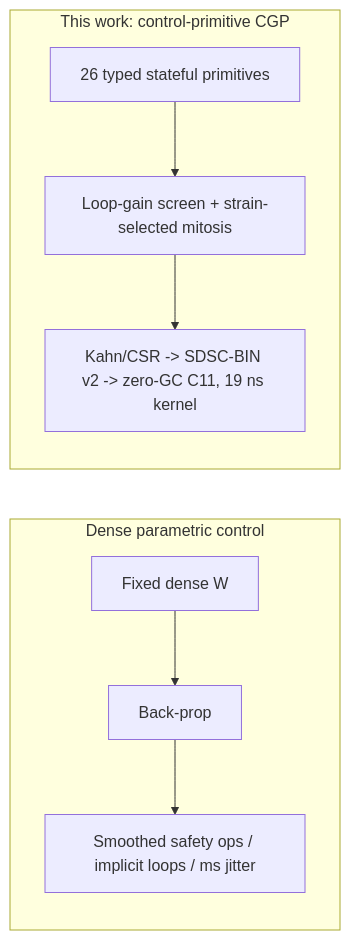
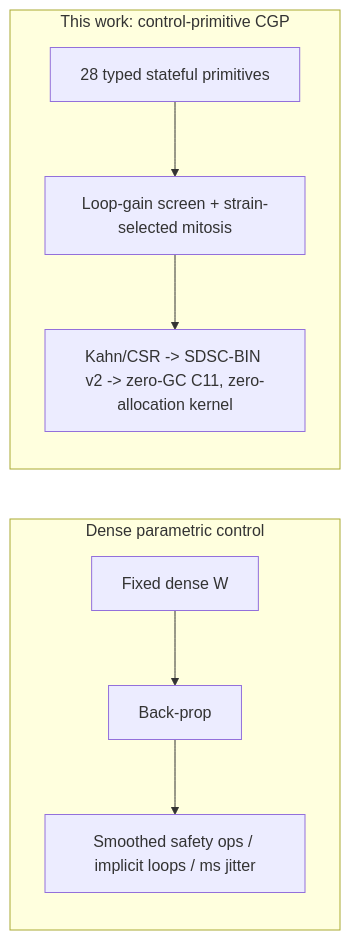
Before and after one commit to caixuf/kun-cellular: the first of 2 diagrams in docs/morphogenetic_cellular_evolution_paper.md, drawn with Mermaid. The commit also changed other lines of this file and 6 other files, not shown here.

````diff
--- a/docs/morphogenetic_cellular_evolution_paper.md
+++ b/docs/morphogenetic_cellular_evolution_paper.md
@@ -77,9 +77,9 @@
 ```mermaid
 graph LR
     subgraph Dense parametric control
       M1[Fixed dense W] --> M2[Back-prop] --> M3[Smoothed safety ops / implicit loops / ms jitter]
     end
     subgraph This work: control-primitive CGP
-      C1[26 typed stateful primitives] --> C2[Loop-gain screen + strain-selected mitosis] --> C3[Kahn/CSR -> SDSC-BIN v2 -> zero-GC C11, 19 ns kernel]
+      C1[28 typed stateful primitives] --> C2[Loop-gain screen + strain-selected mitosis] --> C3[Kahn/CSR -> SDSC-BIN v2 -> zero-GC C11, zero-allocation kernel]
     end
 ```
````
